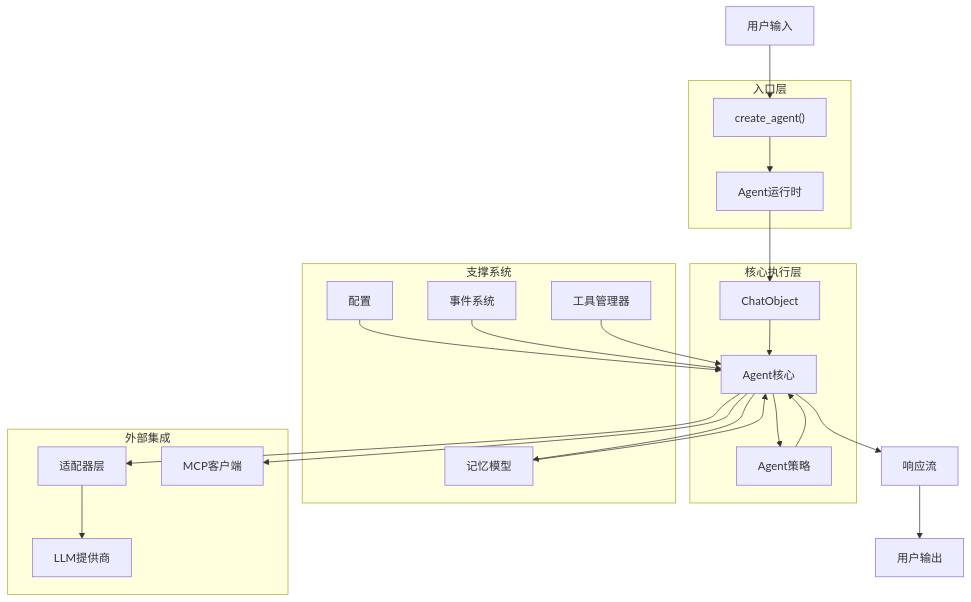
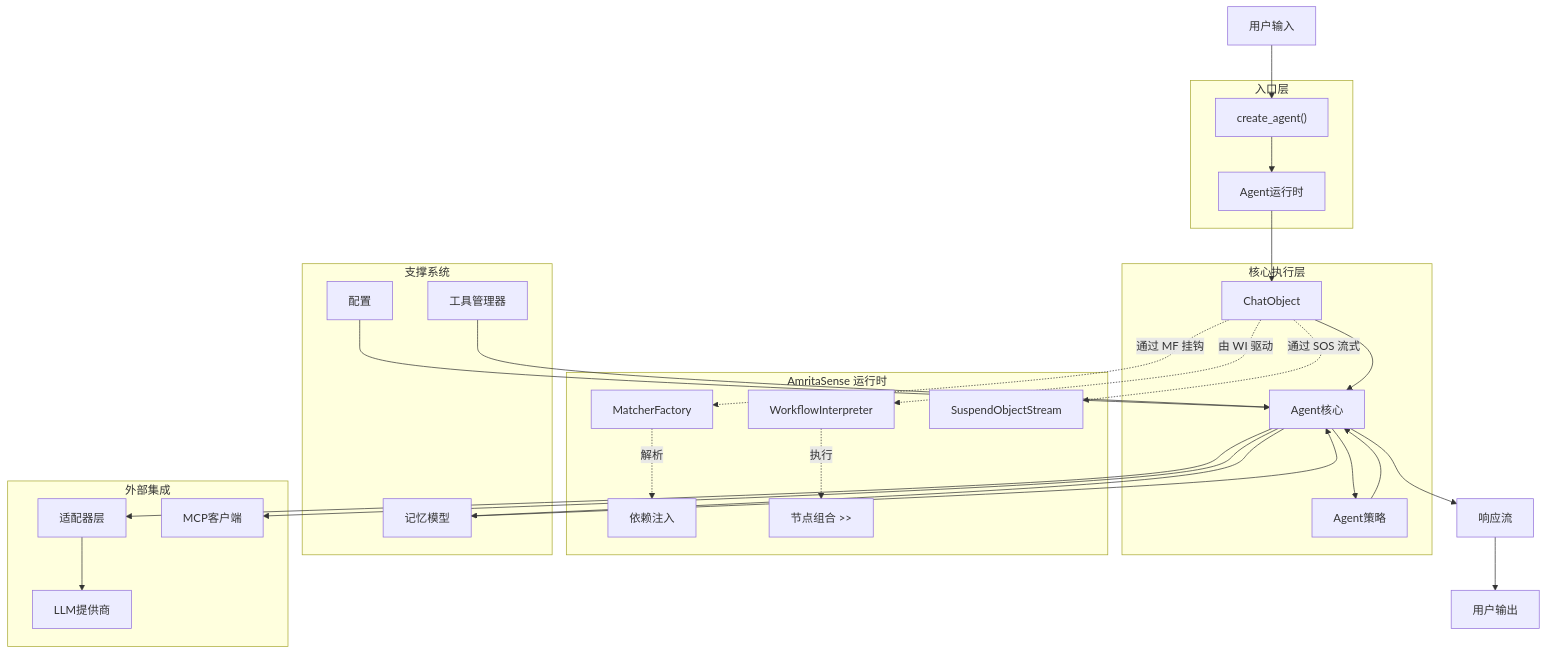
Before and after one commit to AmritaBot/AmritaCore: the first of 5 diagrams in docs/docs/zh/guide/getting-started/architecture.md, drawn with Mermaid. The commit also changed other lines of this file and 95 other files, not shown here.

````diff
--- a/docs/docs/zh/guide/getting-started/architecture.md
+++ b/docs/docs/zh/guide/getting-started/architecture.md
@@ -7,45 +7,57 @@
 ```mermaid
 graph TB
     subgraph "入口层"
         H[Agent运行时]
         Factory["create_agent()"]
     end
 
     subgraph "核心执行层"
         A[ChatObject]
         F[Agent核心]
         G[Agent策略]
     end
 
+    subgraph "AmritaSense 运行时"
+        WI[WorkflowInterpreter]
+        MF[MatcherFactory]
+        SOS[SuspendObjectStream]
+        DI[依赖注入]
+        NC[节点组合 >>]
+    end
+
     subgraph "支撑系统"
         B[配置]
-        C[事件系统]
         D[工具管理器]
         E[记忆模型]
     end
 
     subgraph "外部集成"
         Adapter[适配器层]
         LLM[LLM提供商]
         MCP[MCP客户端]
     end
 
     用户输入 --> Factory
     Factory --> H
     H --> A
     A --> F
     F --> G
     G --> F
     F --> Adapter
     Adapter --> LLM
     F --> MCP
 
+    A -.->|由 WI 驱动| WI
+    A -.->|通过 MF 挂钩| MF
+    A -.->|通过 SOS 流式| SOS
+    MF -.->|解析| DI
+    WI -.->|执行| NC
+
     B --> F
-    C --> F
     D --> F
     E --> F
 
     F --> 响应流[响应流]
     响应流 --> 用户输出
     F --> E
 ```
````
